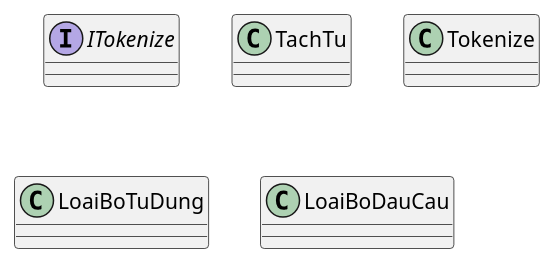
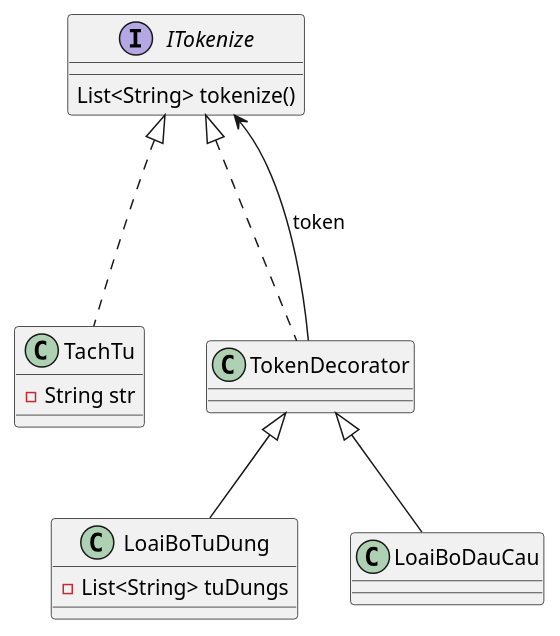
The diagram in src/final_test_practice/decorator/tokenize/tokenize_diagram.puml (koha11/Software_Architecture_And_Design), drawn with PlantUML before and after one commit. The commit also changed 23 other files, not shown here.

```diff
--- a/src/final_test_practice/decorator/tokenize/tokenize_diagram.puml
+++ b/src/final_test_practice/decorator/tokenize/tokenize_diagram.puml
@@ -1,10 +1,24 @@
 @startuml
 'https://plantuml.com/class-diagram
 
-interface ITokenize
-class TachTu
-class Tokenize
-class LoaiBoTuDung
+interface ITokenize {
+   List<String> tokenize()
+}
+class TachTu {
+    - String str
+}
+class TokenDecorator {
+}
+class LoaiBoTuDung {
+    - List<String> tuDungs
+}
 class LoaiBoDauCau
 
+ITokenize <|... TokenDecorator
+ITokenize <|... TachTu
+ITokenize <-- TokenDecorator: token
+
+TokenDecorator <|-- LoaiBoTuDung
+TokenDecorator <|-- LoaiBoDauCau
+
 @enduml
```
